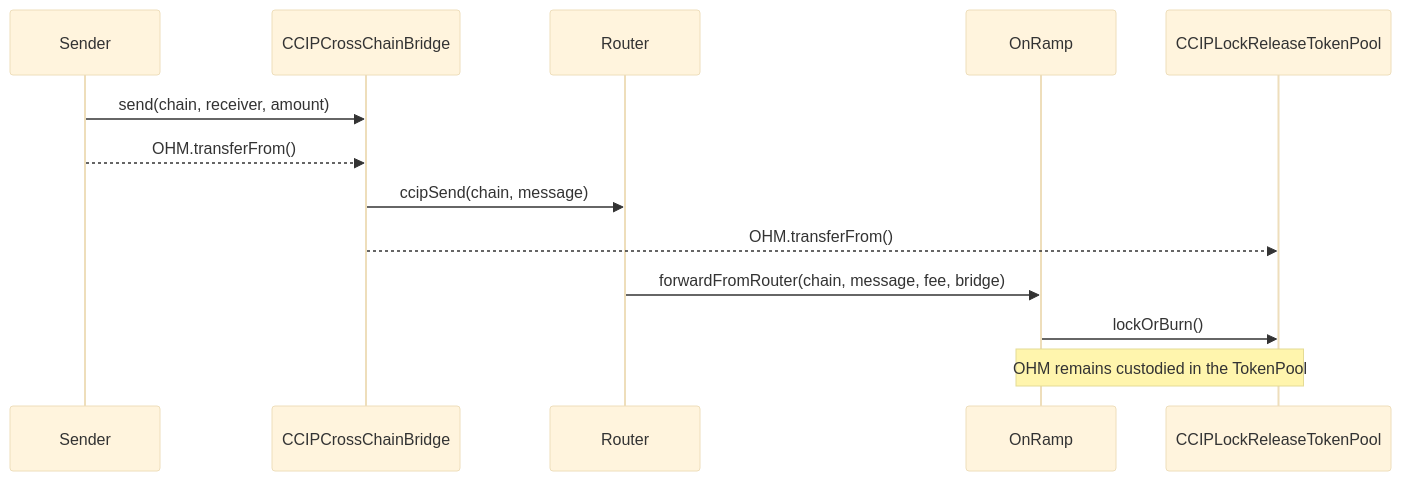
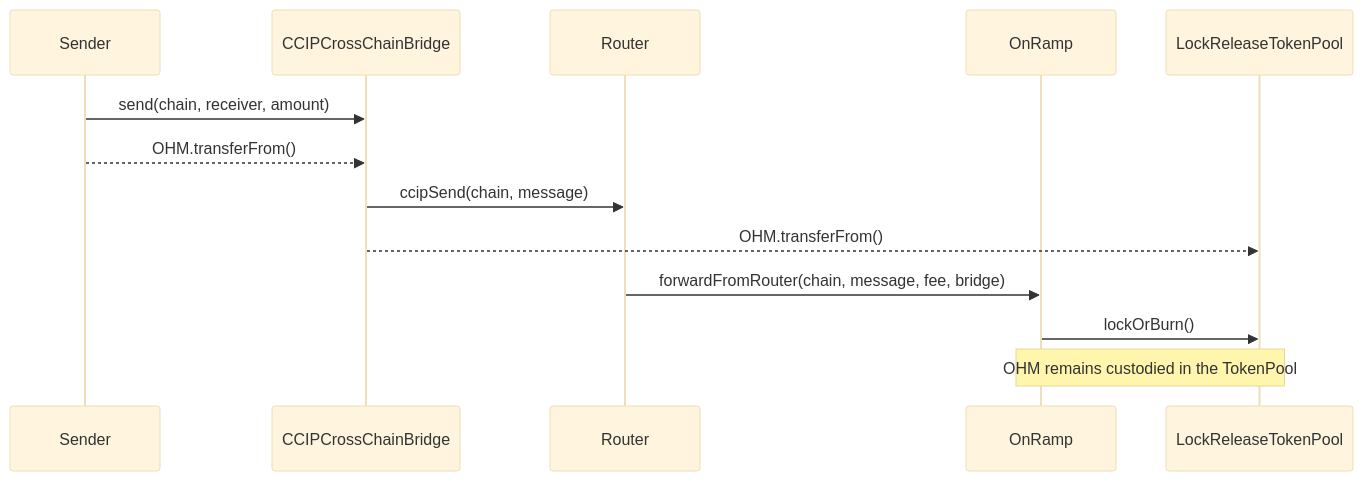
One commit to OlympusDAO/olympus-v3 changed the first of 4 diagrams in audit/2025-05_ccip/README.md. Above: the diagram before and after it, drawn with Mermaid (base theme). The commit also changed other lines of this file and 2 other files, not shown here.

Commit message:
Audit: update scope after removal of CCIPLockReleaseTokenPool

````diff
--- a/audit/2025-05_ccip/README.md
+++ b/audit/2025-05_ccip/README.md
@@ -109,16 +106,16 @@
 ```mermaid
 sequenceDiagram
     participant Sender
     participant CCIPCrossChainBridge
     participant Router
     participant OnRamp
-    participant CCIPLockReleaseTokenPool
+    participant LockReleaseTokenPool
 
     Sender->>CCIPCrossChainBridge: send(chain, receiver, amount)
     Sender-->>CCIPCrossChainBridge: OHM.transferFrom()
     CCIPCrossChainBridge->>Router: ccipSend(chain, message)
-    CCIPCrossChainBridge-->>CCIPLockReleaseTokenPool: OHM.transferFrom()
+    CCIPCrossChainBridge-->>LockReleaseTokenPool: OHM.transferFrom()
     Router->>OnRamp: forwardFromRouter(chain, message, fee, bridge)
-    OnRamp->>CCIPLockReleaseTokenPool: lockOrBurn()
-    Note over OnRamp, CCIPLockReleaseTokenPool: OHM remains custodied in the TokenPool
+    OnRamp->>LockReleaseTokenPool: lockOrBurn()
+    Note over OnRamp, LockReleaseTokenPool: OHM remains custodied in the TokenPool
 ```
````
